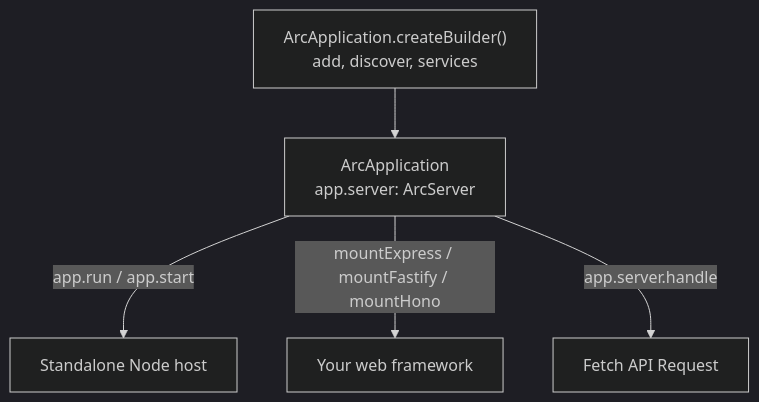
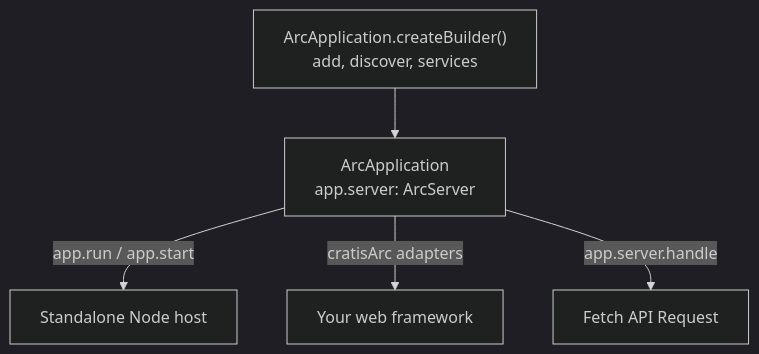
One commit to Cratis/Arc.TypeScript changed the diagram in Documentation/overview.md. Above: the diagram before and after it, drawn with Mermaid (dark theme). The commit also changed other lines of this file and 79 other files, not shown here.

````diff
--- a/Documentation/overview.md
+++ b/Documentation/overview.md
@@ -19,7 +19,7 @@
 ```mermaid
 flowchart TB
     Builder["ArcApplication.createBuilder()<br/>add, discover, services"] --> App["ArcApplication<br/>app.server: ArcServer"]
     App -->|app.run / app.start| Node["Standalone Node host"]
-    App -->|mountExpress / mountFastify / mountHono| Framework["Your web framework"]
+    App -->|cratisArc adapters| Framework["Your web framework"]
     App -->|app.server.handle| Fetch["Fetch API Request"]
 ```
````
